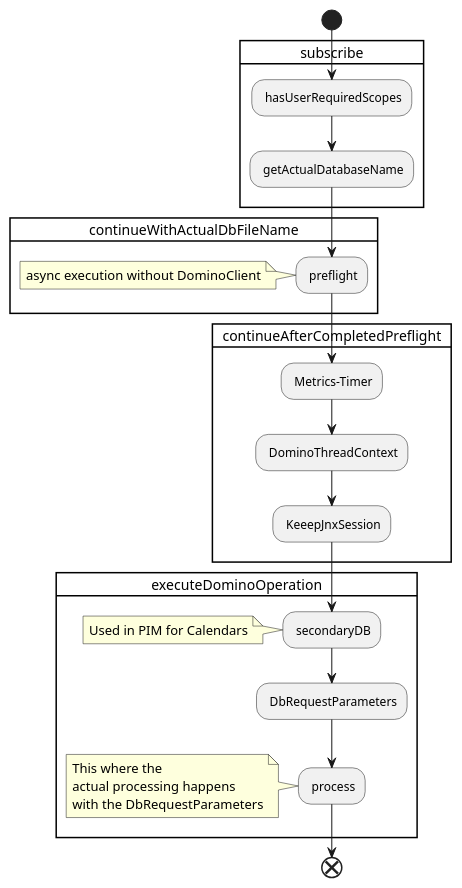
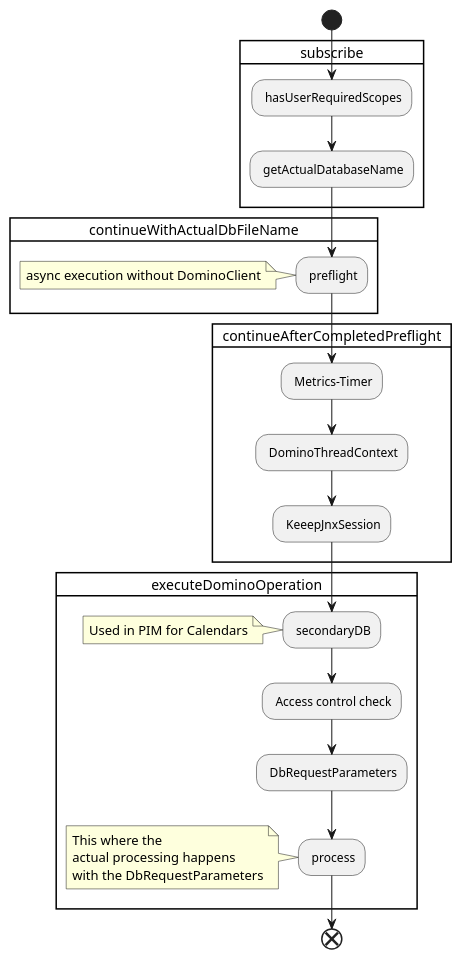
Before and after one commit to HCL-TECH-SOFTWARE/domino-keep-docs: the diagram in docs/assets/images/plantuml/DBRequestFlow2.plantuml, drawn with PlantUML. The commit also changed 1 other file, not shown here.

Commit message:
Diagram update

```diff
--- a/docs/assets/images/plantuml/DBRequestFlow2.plantuml
+++ b/docs/assets/images/plantuml/DBRequestFlow2.plantuml
@@ -1,24 +1,25 @@
 @startuml DBRequestFlow2
 start
 card subscribe {
     : hasUserRequiredScopes;
     : getActualDatabaseName;
 }
 card  continueWithActualDbFileName {
     : preflight;
     note: async execution without DominoClient
 }
 card continueAfterCompletedPreflight {
     : Metrics-Timer;
     : DominoThreadContext;
     : KeeepJnxSession;
 }
 card executeDominoOperation {
     : secondaryDB;
     note: Used in PIM for Calendars
+    : Access control check;
     : DbRequestParameters;
     : process;
     note: This where the\nactual processing happens\nwith the DbRequestParameters
 }
 end
 @enduml
```
